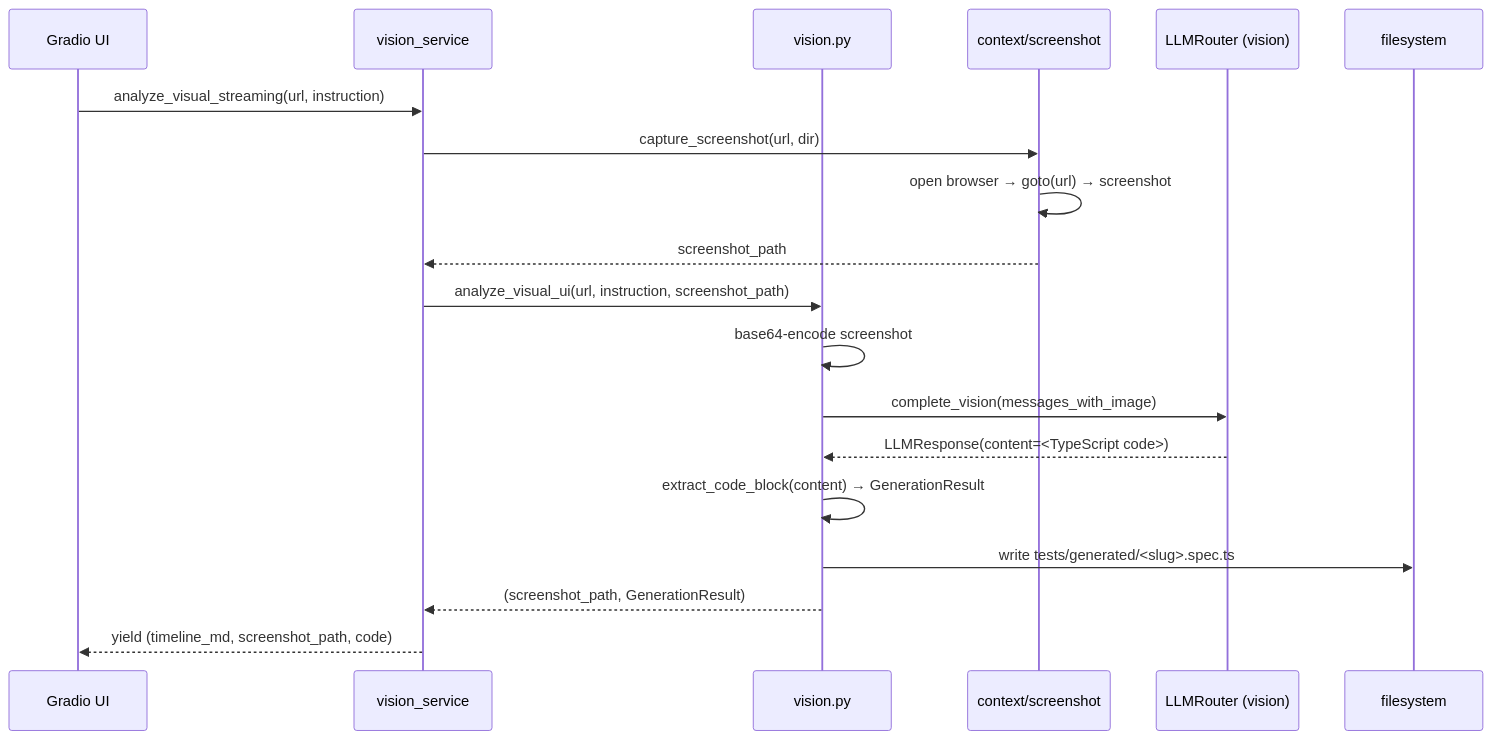
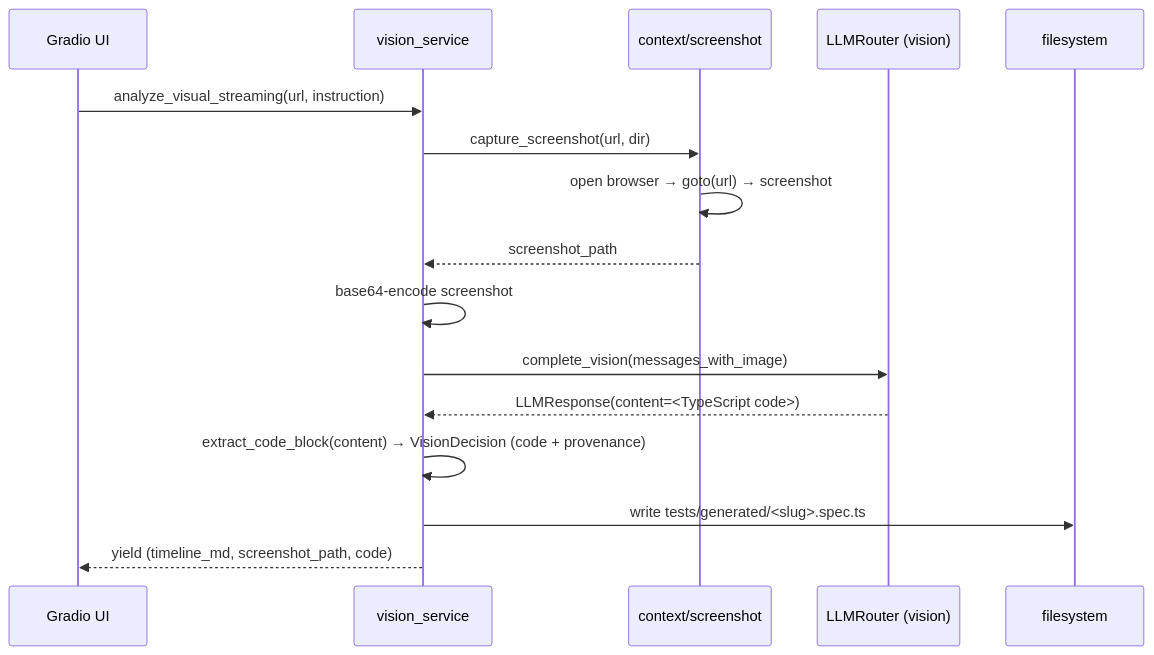
Before and after one commit to yashwant-das/testing-llm-automation-engine: the second of 2 diagrams in docs/architecture/generation.md, drawn with Mermaid. The commit also changed other lines of this file and 20 other files, not shown here.

````diff
--- a/docs/architecture/generation.md
+++ b/docs/architecture/generation.md
@@ -105,22 +105,19 @@
 ```mermaid
 sequenceDiagram
     participant UI as Gradio UI
     participant SVC as vision_service
-    participant VIS as vision.py
     participant SCR as context/screenshot
     participant LLM as LLMRouter (vision)
     participant FS as filesystem
 
     UI->>SVC: analyze_visual_streaming(url, instruction)
     SVC->>SCR: capture_screenshot(url, dir)
     SCR->>SCR: open browser → goto(url) → screenshot
     SCR-->>SVC: screenshot_path
-    SVC->>VIS: analyze_visual_ui(url, instruction, screenshot_path)
-    VIS->>VIS: base64-encode screenshot
-    VIS->>LLM: complete_vision(messages_with_image)
-    LLM-->>VIS: LLMResponse(content=<TypeScript code>)
-    VIS->>VIS: extract_code_block(content) → GenerationResult
-    VIS->>FS: write tests/generated/<slug>.spec.ts
-    VIS-->>SVC: (screenshot_path, GenerationResult)
+    SVC->>SVC: base64-encode screenshot
+    SVC->>LLM: complete_vision(messages_with_image)
+    LLM-->>SVC: LLMResponse(content=<TypeScript code>)
+    SVC->>SVC: extract_code_block(content) → VisionDecision (code + provenance)
+    SVC->>FS: write tests/generated/<slug>.spec.ts
     SVC-->>UI: yield (timeline_md, screenshot_path, code)
 ```
````
